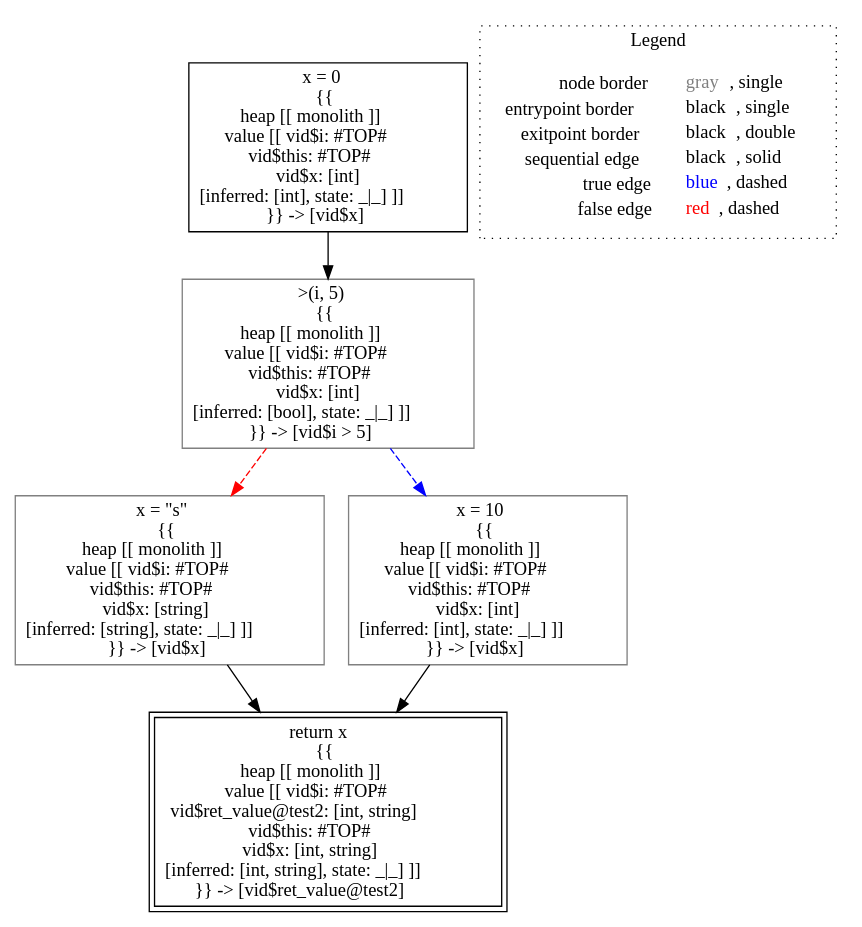
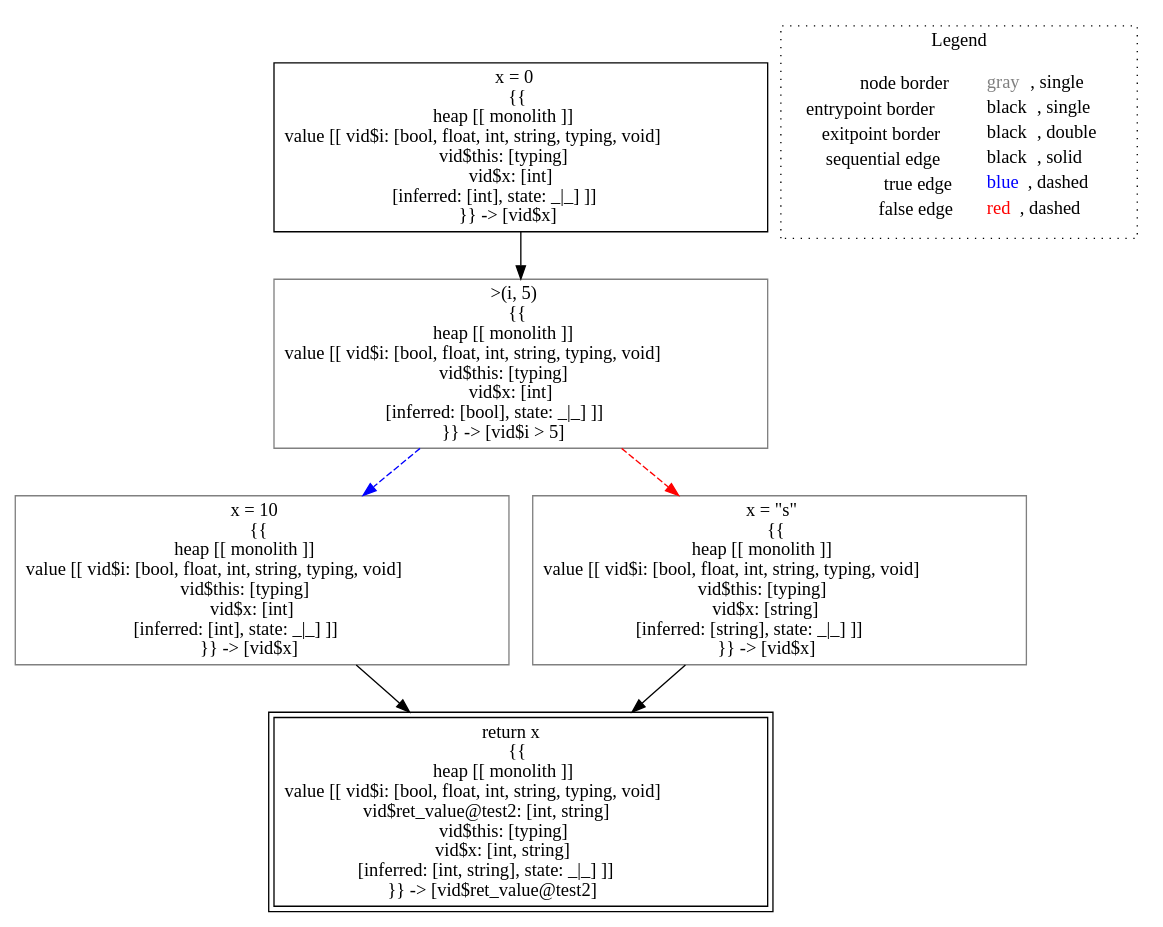
One commit to lisa-analyzer/lisa changed the diagram in lisa/imp-testcases/type-inference/typing___untyped_typing.test2(typing_this,_untyped_i).dot. Above: the diagram before and after it, drawn with Graphviz. The commit also changed 5 other files, not shown here.

Commit message:
refactored typing test cases

```diff
--- a/lisa/imp-testcases/type-inference/typing___untyped_typing.test2(typing_this,_untyped_i).dot
+++ b/lisa/imp-testcases/type-inference/typing___untyped_typing.test2(typing_this,_untyped_i).dot
@@ -1,19 +1,19 @@
 digraph {
-	"node0" [shape="rect",color="black",label=<x = 0<BR/>{{<BR/>heap [[ monolith ]]<BR/>value [[ vid$i: #TOP#<BR/>vid$this: #TOP#<BR/>vid$x: [int]<BR/>[inferred: [int], state: _|_] ]]<BR/>}} -&gt; [vid$x]>];
-	"node1" [shape="rect",color="gray",label=<&gt;(i, 5)<BR/>{{<BR/>heap [[ monolith ]]<BR/>value [[ vid$i: #TOP#<BR/>vid$this: #TOP#<BR/>vid$x: [int]<BR/>[inferred: [bool], state: _|_] ]]<BR/>}} -&gt; [vid$i &gt; 5]>];
-	"node2" [shape="rect",color="gray",label=<x = &quot;s&quot;<BR/>{{<BR/>heap [[ monolith ]]<BR/>value [[ vid$i: #TOP#<BR/>vid$this: #TOP#<BR/>vid$x: [string]<BR/>[inferred: [string], state: _|_] ]]<BR/>}} -&gt; [vid$x]>];
-	"node3" [shape="rect",color="black",peripheries="2",label=<return x<BR/>{{<BR/>heap [[ monolith ]]<BR/>value [[ vid$i: #TOP#<BR/>vid$ret_value@test2: [int, string]<BR/>vid$this: #TOP#<BR/>vid$x: [int, string]<BR/>[inferred: [int, string], state: _|_] ]]<BR/>}} -&gt; [vid$ret_value@test2]>];
-	"node4" [shape="rect",color="gray",label=<x = 10<BR/>{{<BR/>heap [[ monolith ]]<BR/>value [[ vid$i: #TOP#<BR/>vid$this: #TOP#<BR/>vid$x: [int]<BR/>[inferred: [int], state: _|_] ]]<BR/>}} -&gt; [vid$x]>];
-	"node1" -> "node2" [color="red",style="dashed"];
-	"node1" -> "node4" [color="blue",style="dashed"];
-	"node2" -> "node3" [color="black"];
+	"node0" [shape="rect",color="black",label=<x = 0<BR/>{{<BR/>heap [[ monolith ]]<BR/>value [[ vid$i: [bool, float, int, string, typing, void]<BR/>vid$this: [typing]<BR/>vid$x: [int]<BR/>[inferred: [int], state: _|_] ]]<BR/>}} -&gt; [vid$x]>];
+	"node1" [shape="rect",color="gray",label=<&gt;(i, 5)<BR/>{{<BR/>heap [[ monolith ]]<BR/>value [[ vid$i: [bool, float, int, string, typing, void]<BR/>vid$this: [typing]<BR/>vid$x: [int]<BR/>[inferred: [bool], state: _|_] ]]<BR/>}} -&gt; [vid$i &gt; 5]>];
+	"node2" [shape="rect",color="black",peripheries="2",label=<return x<BR/>{{<BR/>heap [[ monolith ]]<BR/>value [[ vid$i: [bool, float, int, string, typing, void]<BR/>vid$ret_value@test2: [int, string]<BR/>vid$this: [typing]<BR/>vid$x: [int, string]<BR/>[inferred: [int, string], state: _|_] ]]<BR/>}} -&gt; [vid$ret_value@test2]>];
+	"node3" [shape="rect",color="gray",label=<x = 10<BR/>{{<BR/>heap [[ monolith ]]<BR/>value [[ vid$i: [bool, float, int, string, typing, void]<BR/>vid$this: [typing]<BR/>vid$x: [int]<BR/>[inferred: [int], state: _|_] ]]<BR/>}} -&gt; [vid$x]>];
+	"node4" [shape="rect",color="gray",label=<x = &quot;s&quot;<BR/>{{<BR/>heap [[ monolith ]]<BR/>value [[ vid$i: [bool, float, int, string, typing, void]<BR/>vid$this: [typing]<BR/>vid$x: [string]<BR/>[inferred: [string], state: _|_] ]]<BR/>}} -&gt; [vid$x]>];
+	"node1" -> "node3" [color="blue",style="dashed"];
+	"node1" -> "node4" [color="red",style="dashed"];
+	"node3" -> "node2" [color="black"];
+	"node4" -> "node2" [color="black"];
 	"node0" -> "node1" [color="black"];
-	"node4" -> "node3" [color="black"];
 subgraph cluster_legend {
 	label="Legend";
 	style=dotted;
 	node [shape=plaintext];
 	"legend" [label=<<table border="0" cellpadding="2" cellspacing="0" cellborder="0"><tr><td align="right">node border&nbsp;</td><td align="left"><font color="gray">gray</font>, single</td></tr><tr><td align="right">entrypoint border&nbsp;</td><td align="left"><font color="black">black</font>, single</td></tr><tr><td align="right">exitpoint border&nbsp;</td><td align="left"><font color="black">black</font>, double</td></tr><tr><td align="right">sequential edge&nbsp;</td><td align="left"><font color="black">black</font>, solid</td></tr><tr><td align="right">true edge&nbsp;</td><td align="left"><font color="blue">blue</font>, dashed</td></tr><tr><td align="right">false edge&nbsp;</td><td align="left"><font color="red">red</font>, dashed</td></tr></table>>];
 }
 
 }
```
